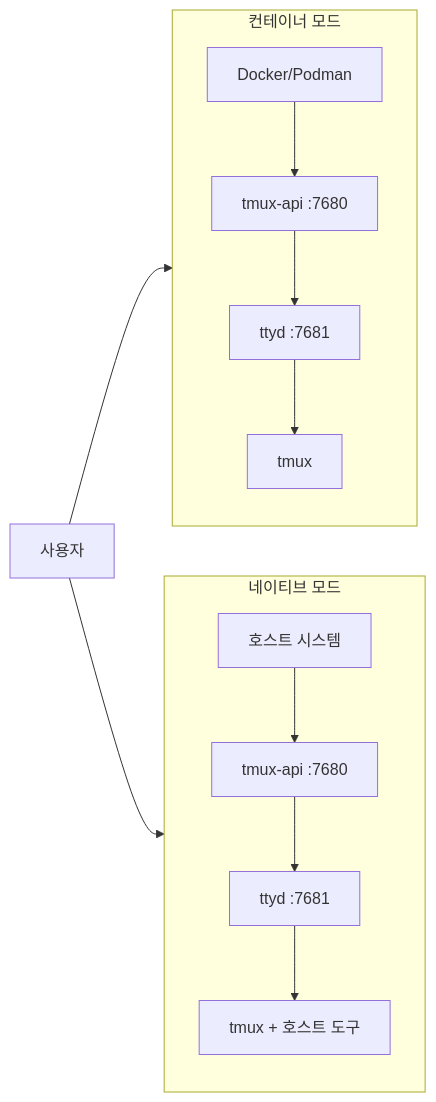
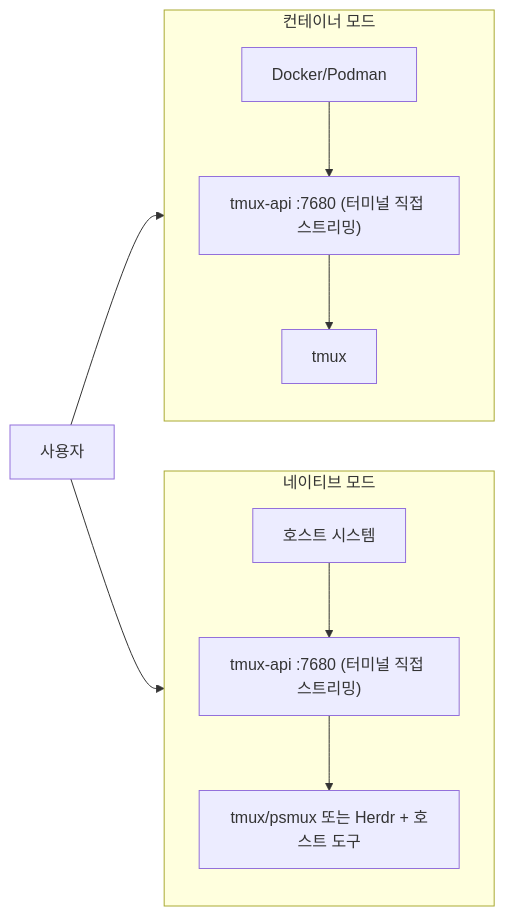
Before and after one commit to lamngockhuong/termote: the second of 2 diagrams in README.ko.md, drawn with Mermaid. The commit also changed other lines of this file and 16 other files, not shown here.

````diff
--- a/README.ko.md
+++ b/README.ko.md
@@ -219,14 +224,14 @@
 ```mermaid
 flowchart LR
     subgraph Container["컨테이너 모드"]
         direction TB
-        C1["Docker/Podman"] --> C2["tmux-api :7680"] --> C3["ttyd :7681"] --> C4["tmux"]
+        C1["Docker/Podman"] --> C2["tmux-api :7680 (터미널 직접 스트리밍)"] --> C3["tmux"]
     end
 
     subgraph Native["네이티브 모드"]
         direction TB
-        N1["호스트 시스템"] --> N2["tmux-api :7680"] --> N3["ttyd :7681"] --> N4["tmux + 호스트 도구"]
+        N1["호스트 시스템"] --> N2["tmux-api :7680 (터미널 직접 스트리밍)"] --> N3["tmux/psmux 또는 Herdr + 호스트 도구"]
     end
 
     User["사용자"] --> Container & Native
 ```
````
